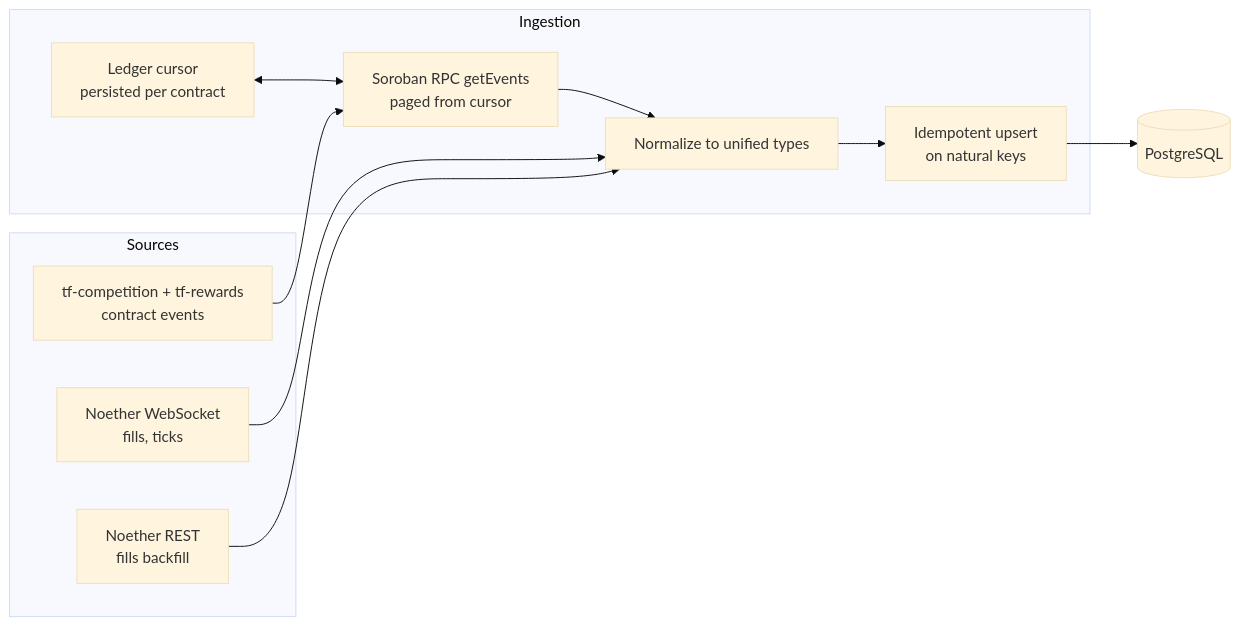
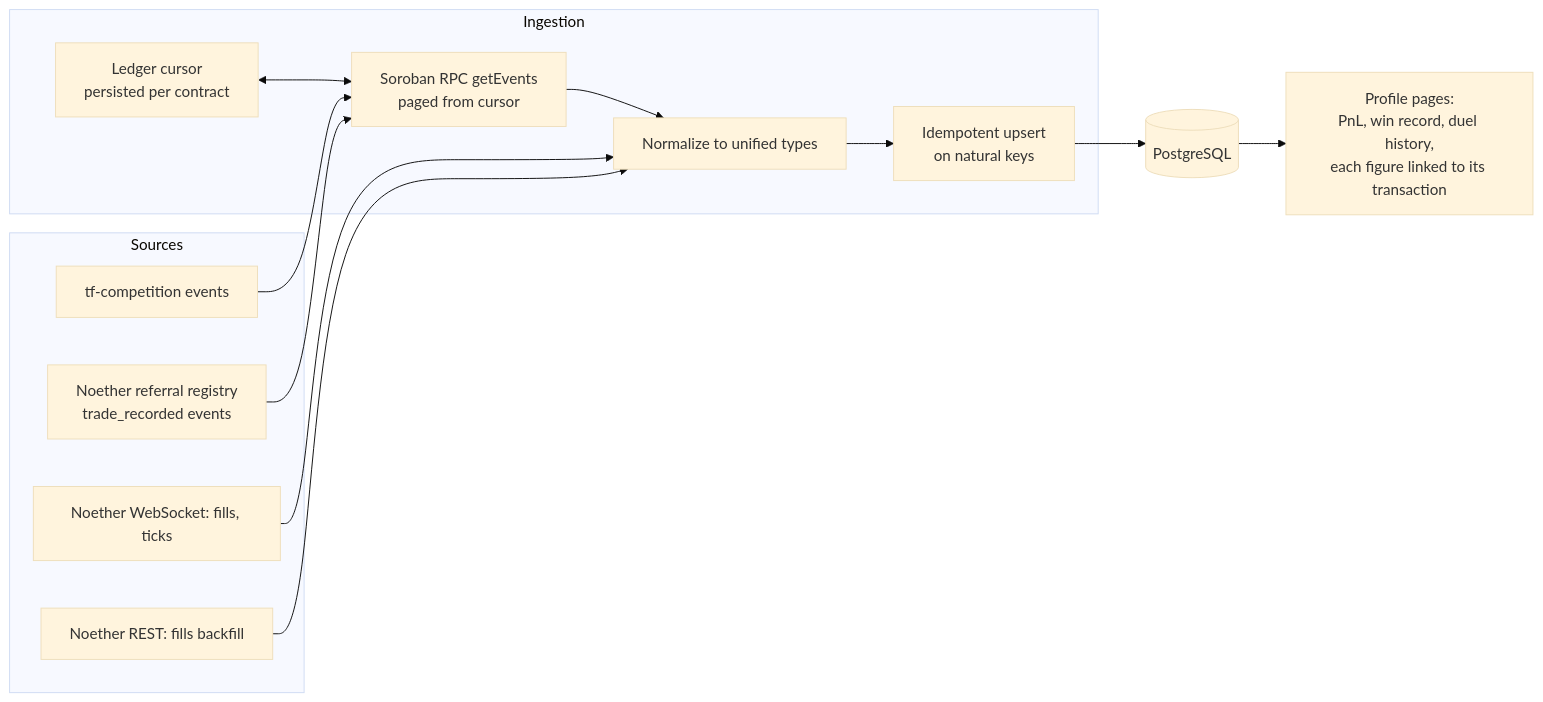
One commit to tradefighters/stellar-integration changed the fourth of 7 diagrams in docs/ARCHITECTURE.md. Above: the diagram before and after it, drawn with Mermaid (base theme). The commit also changed other lines of this file and 6 other files, not shown here.

````diff
--- a/docs/ARCHITECTURE.md
+++ b/docs/ARCHITECTURE.md
@@ -191,23 +289,27 @@
 ```mermaid
 flowchart LR
     subgraph src["Sources"]
-        EV["tf-competition + tf-rewards<br/>contract events"]
-        WS["Noether WebSocket<br/>fills, ticks"]
-        RST["Noether REST<br/>fills backfill"]
+        EV["tf-competition events"]
+        REF["Noether referral registry<br/>trade_recorded events"]
+        WS["Noether WebSocket: fills, ticks"]
+        RST["Noether REST: fills backfill"]
     end
 
     subgraph ing["Ingestion"]
         CUR["Ledger cursor<br/>persisted per contract"]
         POLL["Soroban RPC getEvents<br/>paged from cursor"]
         NORM["Normalize to unified types"]
         DEDUP["Idempotent upsert<br/>on natural keys"]
     end
 
     PG[("PostgreSQL")]
+    PROF["Profile pages:<br/>PnL, win record, duel history,<br/>each figure linked to its transaction"]
 
-    EV --> POLL --> NORM
+    EV --> POLL
+    REF --> POLL
+    POLL --> NORM
     CUR <--> POLL
     WS --> NORM
     RST --> NORM
-    NORM --> DEDUP --> PG
+    NORM --> DEDUP --> PG --> PROF
 ```
````
